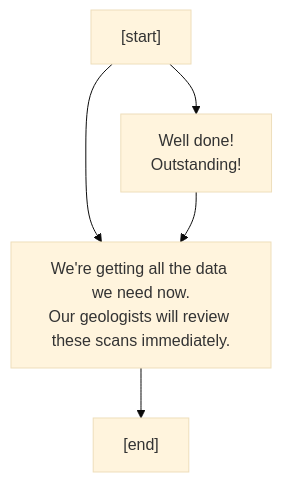
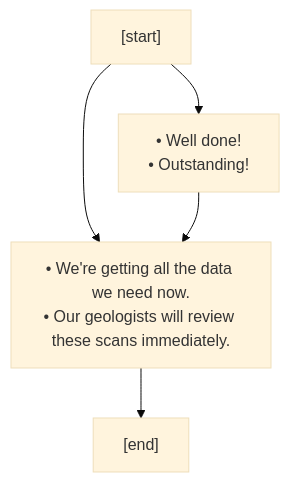
One commit to charredUtensil/groundhog changed the second of 6 diagrams in src/core/lore/graphs/build_and_power.md. Above: the diagram before and after it, drawn with Mermaid (base theme). The commit also changed other lines of this file and 7 other files, not shown here.

````diff
--- a/src/core/lore/graphs/build_and_power.md
+++ b/src/core/lore/graphs/build_and_power.md
@@ -22,11 +22,11 @@
 ```mermaid
 flowchart TD;
 P0["[start]"]
 P0 --> P1
 P0 --> P2
-P1["Well done!<br/>Outstanding!"]
+P1["&bull; Well done!<br/>&bull; Outstanding!"]
 P1 --> P2
-P2["We're getting all the data we need now.<br/>Our geologists will review these scans immediately."]
+P2["&bull; We're getting all the data we need now.<br/>&bull; Our geologists will review these scans immediately."]
 P2 --> P3
 P3["[end]"]
 ```
````
